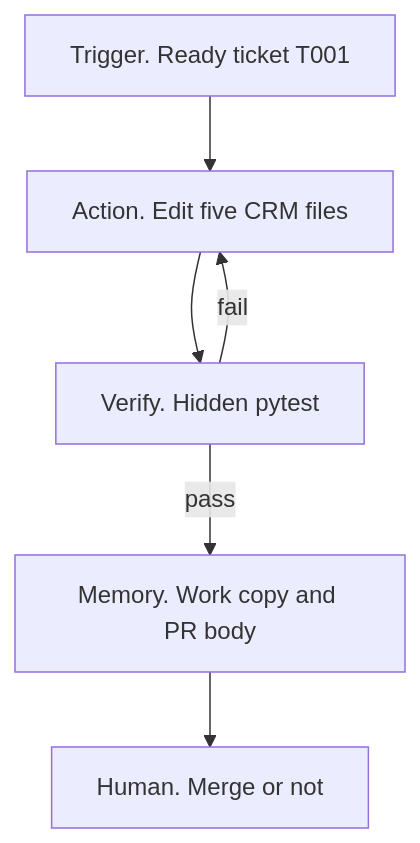
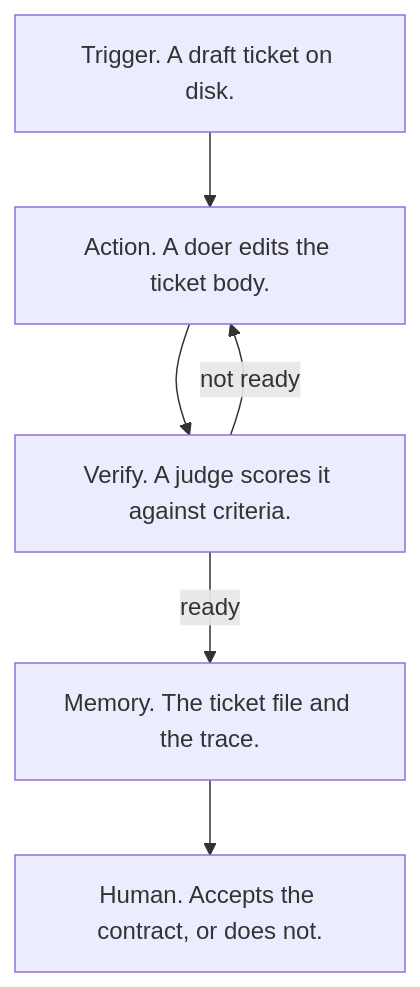
One commit to RichardHightower/reliable-agentic-lab changed the first of 2 diagrams in slides/session-1-system-architecture/slides.md. Above: the diagram before and after it, drawn with Mermaid. The commit also changed other lines of this file and 17 other files, not shown here.

First line of the commit message:
Rewrite the Session 1 and Session 2 decks for the new architecture.

````diff
--- a/slides/session-1-system-architecture/slides.md
+++ b/slides/session-1-system-architecture/slides.md
@@ -193,8 +180,8 @@
 ```mermaid
 flowchart TB
-  T[Trigger. Ready ticket T001] --> A[Action. Edit five CRM files]
-  A --> V[Verify. Hidden pytest]
-  V -->|fail| A
-  V -->|pass| M[Memory. Work copy and PR body]
-  M --> H[Human. Merge or not]
+  T[Trigger. A draft ticket on disk.] --> A[Action. A doer edits the ticket body.]
+  A --> V[Verify. A judge scores it against criteria.]
+  V -->|not ready| A
+  V -->|ready| M[Memory. The ticket file and the trace.]
+  M --> H[Human. Accepts the contract, or does not.]
 ```
````
